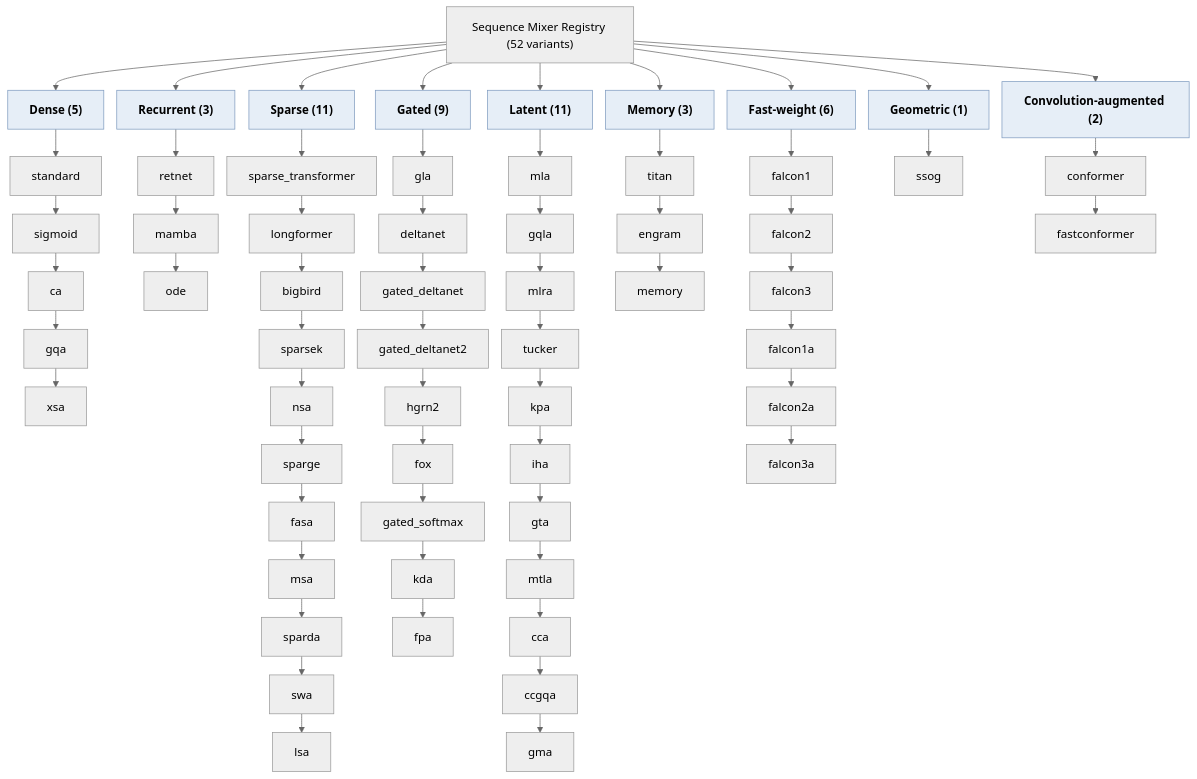
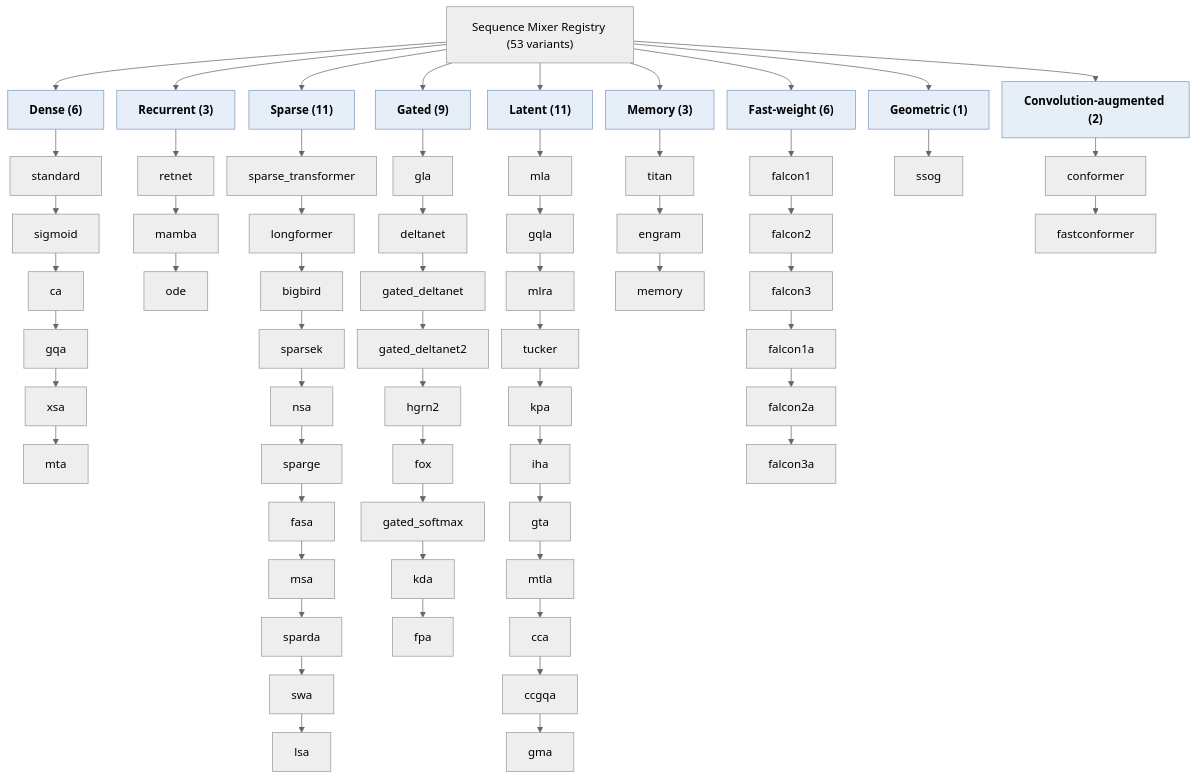
Before and after one commit to erickfmm/frankenstein-transformer: the diagram in docs/paper/figures/mixer-taxonomy.mmd, drawn with Mermaid. The commit also changed 45 other files, not shown here.

```diff
--- a/docs/paper/figures/mixer-taxonomy.mmd
+++ b/docs/paper/figures/mixer-taxonomy.mmd
@@ -1,34 +1,34 @@
 %%{init: {"theme":"neutral","flowchart":{"curve":"basis","nodeSpacing":18,"rankSpacing":26}}}%%
 flowchart TD
-  root["Sequence Mixer Registry (52 variants)"]
+  root["Sequence Mixer Registry (53 variants)"]
 
-  d["Dense (5)"] --> d1["standard"] --> d2["sigmoid"] --> d2b["ca"] --> d3["gqa"] --> d4["xsa"]
+  d["Dense (6)"] --> d1["standard"] --> d2["sigmoid"] --> d2b["ca"] --> d3["gqa"] --> d4["xsa"] --> d5["mta"]
 
   r["Recurrent (3)"] --> r1["retnet"] --> r2["mamba"] --> r3["ode"]
 
   s["Sparse (11)"] --> s1["sparse_transformer"] --> s2["longformer"] --> s3["bigbird"] --> s4["sparsek"] --> s5["nsa"] --> s6["sparge"] --> s7["fasa"] --> s8["msa"] --> s9["sparda"] --> s10["swa"] --> s11["lsa"]
 
   g["Gated (9)"] --> g1["gla"] --> g2["deltanet"] --> g3["gated_deltanet"] --> g4["gated_deltanet2"] --> g5["hgrn2"] --> g6["fox"] --> g7["gated_softmax"] --> g8["kda"] --> g9["fpa"]
 
   l["Latent (11)"] --> l1["mla"] --> l2["gqla"] --> l3["mlra"] --> l4["tucker"] --> l5["kpa"] --> l6["iha"] --> l7["gta"] --> l8["mtla"] --> l9["cca"] --> l10["ccgqa"] --> l11["gma"]
 
   m["Memory (3)"] --> m1["titan"] --> m2["engram"] --> m3["memory"]
 
   f["Fast-weight (6)"] --> f1["falcon1"] --> f2["falcon2"] --> f3["falcon3"] --> f4["falcon1a"] --> f5["falcon2a"] --> f6["falcon3a"]
 
   x["Geometric (1)"] --> x1["ssog"]
 
   c["Convolution-augmented (2)"] --> c1["conformer"] --> c2["fastconformer"]
 
   root --> d
   root --> r
   root --> s
   root --> g
   root --> l
   root --> m
   root --> f
   root --> x
   root --> c
 
   classDef category fill:#e6eef7,stroke:#7f9bbf,font-weight:bold
   class d,r,s,g,l,m,f,x,c category
```
